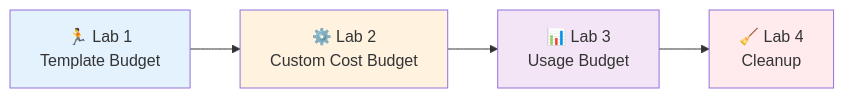
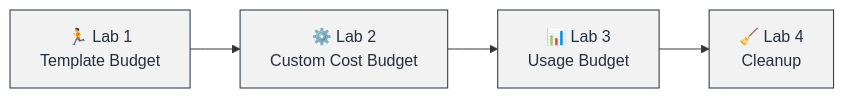
Before and after one commit to tietvinhphu/AWS-Journey: the third of 7 diagrams in The First Cloud Journey/3. Cost Management with AWS Budgets/README.md, drawn with Mermaid. The commit also changed other lines of this file, not shown here.

Commit message:
update mermaid

````diff
--- a/The First Cloud Journey/3. Cost Management with AWS Budgets/README.md
+++ b/The First Cloud Journey/3. Cost Management with AWS Budgets/README.md
@@ -189,12 +190,10 @@
 ```mermaid
 flowchart LR
-    L1[🏃 Lab 1<br/>Template Budget] --> L2[⚙️ Lab 2<br/>Custom Cost Budget]
-    L2 --> L3[📊 Lab 3<br/>Usage Budget]
-    L3 --> L4[🧹 Lab 4<br/>Cleanup]
+    %% Define Styles
+    classDef lab fill:#f2f2f2,stroke:#232F3E,stroke-width:1px,color:#232F3E
+    classDef current fill:#FF9900,stroke:#232F3E,stroke-width:2px,color:#fff
 
-    style L1 fill:#e3f2fd
-    style L2 fill:#fff3e0
-    style L3 fill:#f3e5f5
-    style L4 fill:#ffebee
-
+    L1[🏃 Lab 1<br/>Template Budget]:::lab --> L2[⚙️ Lab 2<br/>Custom Cost Budget]:::lab
+    L2 --> L3[📊 Lab 3<br/>Usage Budget]:::lab
+    L3 --> L4[🧹 Lab 4<br/>Cleanup]:::lab
 ```
````
